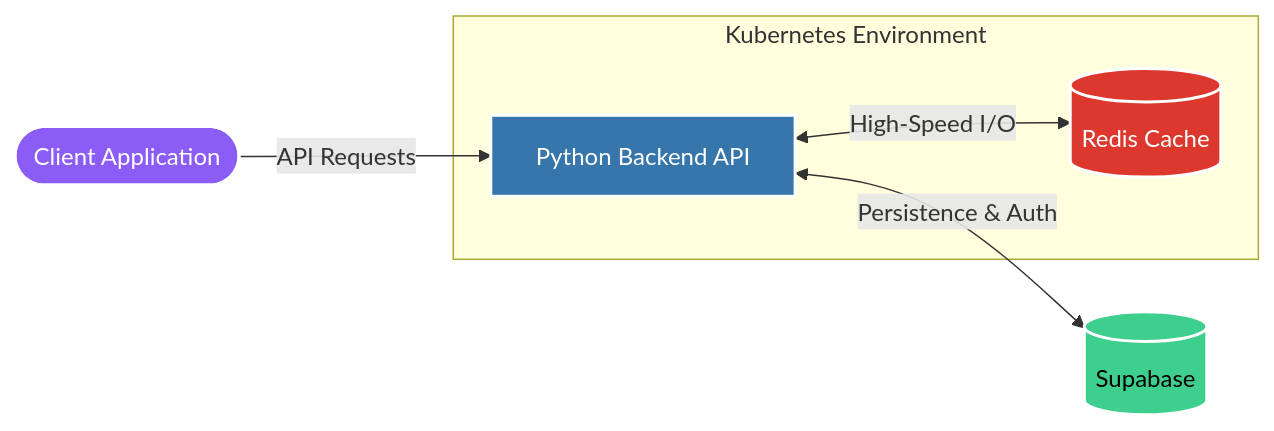
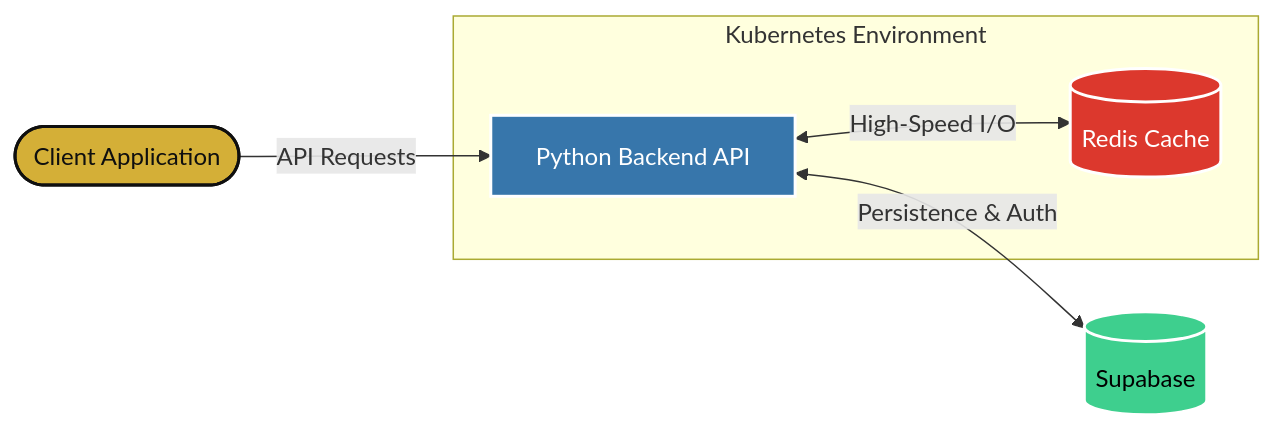
One commit to VEERESH1219/VEERESH1219 changed the diagram in README.md. Above: the diagram before and after it, drawn with Mermaid. The commit also changed other lines of this file, not shown here.

````diff
--- a/README.md
+++ b/README.md
@@ -56,22 +88,22 @@
 ```mermaid
 graph LR
     Client([Client Application]) -->|API Requests| API
-    
+
     subgraph K8sEnv [Kubernetes Environment]
-        API[Python Backend API] 
+        API[Python Backend API]
         Cache[(Redis Cache)]
         API <-->|High-Speed I/O| Cache
     end
-    
+
     API <-->|Persistence & Auth| Supabase[(Supabase)]
-    
-    classDef client fill:#8b5cf6,stroke:#fff,stroke-width:2px,color:#fff
+
+    classDef client fill:#D4AF37,stroke:#0f0f0f,stroke-width:2px,color:#0f0f0f
     classDef backend fill:#3776ab,stroke:#fff,stroke-width:2px,color:#fff
     classDef cache fill:#dc382d,stroke:#fff,stroke-width:2px,color:#fff
     classDef db fill:#3ecf8e,stroke:#fff,stroke-width:2px,color:#000
-    
+
     class Client client
     class API backend
     class Cache cache
     class Supabase db
 ```
````
